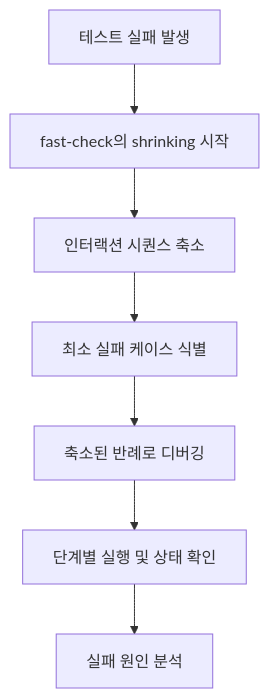
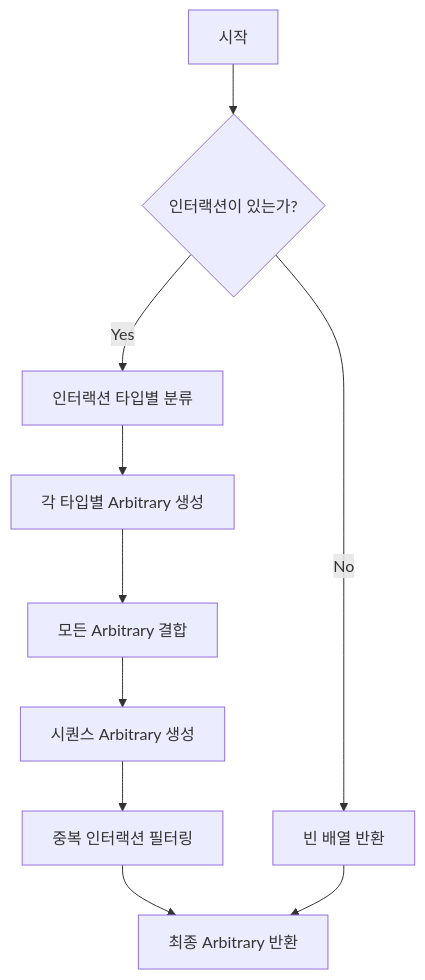
The sixth of 10 diagrams in storybook/e2e/universal-testers.md (YahngSungho/Monorepo), drawn with Mermaid before and after one commit. The commit also changed other lines of this file and 5 other files, not shown here.

````diff
--- a/storybook/e2e/universal-testers.md
+++ b/storybook/e2e/universal-testers.md
@@ -279,9 +263,12 @@
 ```mermaid
 flowchart TD
-    A[테스트 실패 발생] --> B[fast-check의 shrinking 시작]
-    B --> C[인터랙션 시퀀스 축소]
-    C --> D[최소 실패 케이스 식별]
-    D --> E[축소된 반례로 디버깅]
-    E --> F[단계별 실행 및 상태 확인]
-    F --> G[실패 원인 분석]
+    A[시작] --> B{인터랙션이 있는가?}
+    B -->|No| C[빈 배열 반환]
+    B -->|Yes| D[인터랙션 타입별 분류]
+    D --> E[각 타입별 Arbitrary 생성]
+    E --> F[모든 Arbitrary 결합]
+    F --> G[시퀀스 Arbitrary 생성]
+    G --> H[중복 인터랙션 필터링]
+    H --> I[최종 Arbitrary 반환]
+    C --> I
 ```
````
